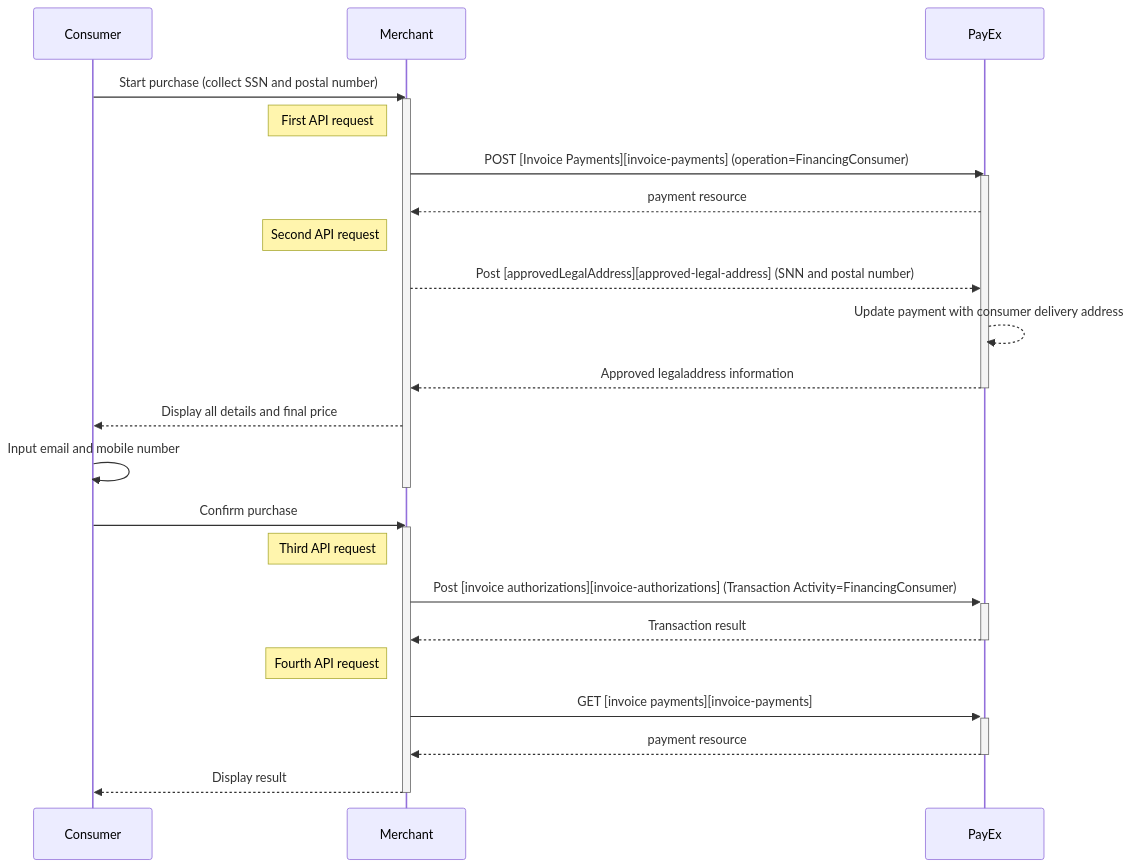
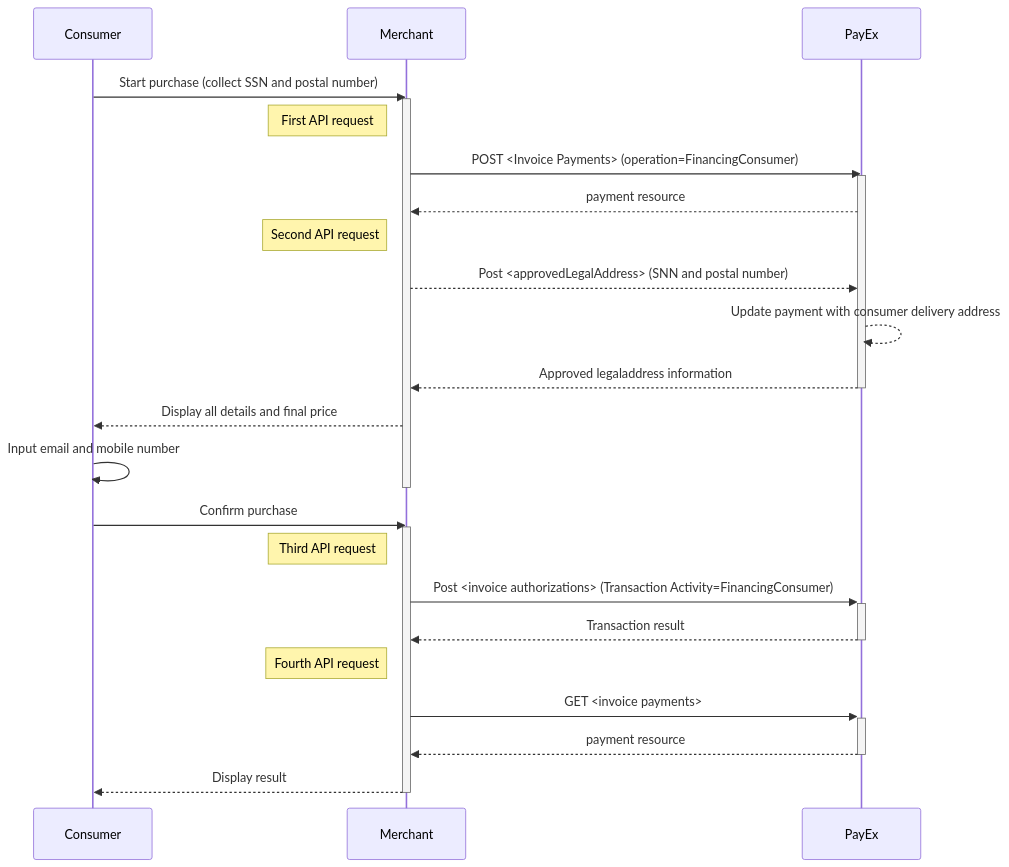
One commit to SwedbankPay/developer.swedbankpay.com changed the second of 6 diagrams in payments/invoice/index.md. Above: the diagram before and after it, drawn with Mermaid. The commit also changed other lines of this file and 5 other files, not shown here.

````diff
--- a/payments/invoice/index.md
+++ b/payments/invoice/index.md
@@ -117,27 +161,27 @@
 ```mermaid
 sequenceDiagram
     Consumer->>Merchant: Start purchase (collect SSN and postal number)
     Activate Merchant
     note left of Merchant: First API request 
-    Merchant->>PayEx: POST [Invoice Payments][invoice-payments] (operation=FinancingConsumer)
+    Merchant->>PayEx: POST <Invoice Payments> (operation=FinancingConsumer)
     Activate PayEx
     PayEx-->>Merchant: payment resource
     note left of Merchant: Second API request
-    Merchant-->>PayEx: Post [approvedLegalAddress][approved-legal-address] (SNN and postal number)
+    Merchant-->>PayEx: Post <approvedLegalAddress> (SNN and postal number)
     PayEx-->>PayEx: Update payment with consumer delivery address
     PayEx-->>Merchant: Approved legaladdress information
     Deactivate PayEx
     Merchant-->>Consumer: Display all details and final price
     Consumer->>Consumer: Input email and mobile number
     Deactivate Merchant
     Consumer->>Merchant: Confirm purchase
     Activate Merchant
     note left of Merchant: Third API request
-    Merchant->>+PayEx: Post [invoice authorizations][invoice-authorizations] (Transaction Activity=FinancingConsumer)
+    Merchant->>+PayEx: Post <invoice authorizations> (Transaction Activity=FinancingConsumer)
     PayEx-->>-Merchant: Transaction result
     note left of Merchant: Fourth API request
-    Merchant->>+PayEx: GET [invoice payments][invoice-payments] 
+    Merchant->>+PayEx: GET <invoice payments>
     PayEx-->>-Merchant: payment resource
     Merchant-->>Consumer: Display result
     Deactivate Merchant
 ```
````
